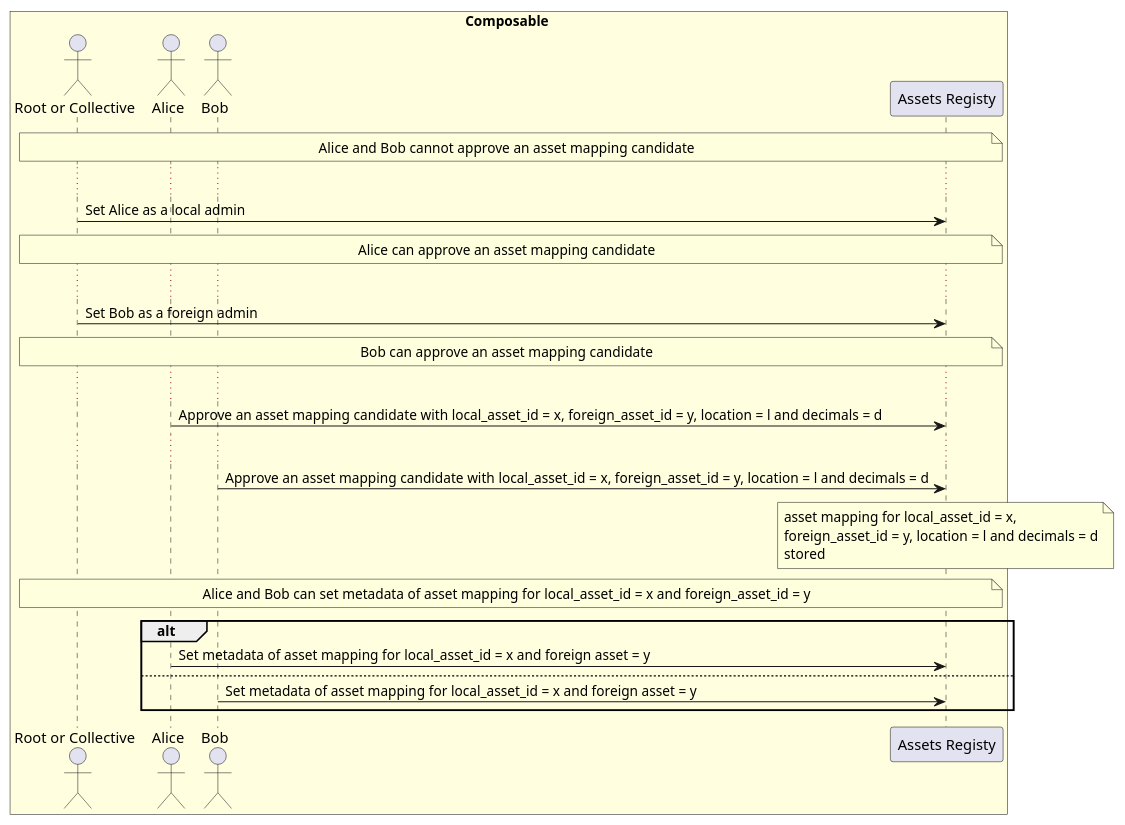
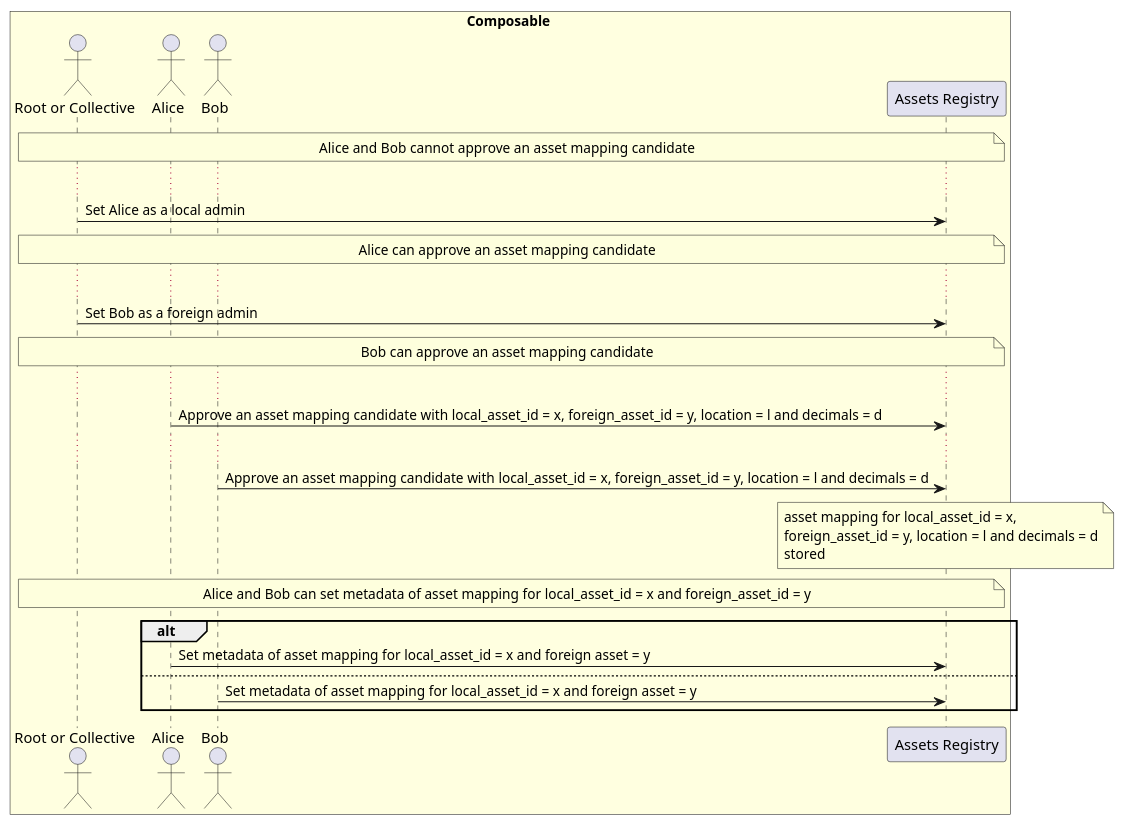
Before and after one commit to ComposableFi/composable: the diagram in frame/assets-registry/local-mapping.plantuml, drawn with PlantUML. The commit also changed 41 other files, not shown here.

```diff
--- a/frame/assets-registry/local-mapping.plantuml
+++ b/frame/assets-registry/local-mapping.plantuml
@@ -1,43 +1,43 @@
 @startuml "Assets Mapping"
 
 box Composable #LightYellow
   actor "Root or Collective" as composable_authority
   actor "Alice" as alice
   actor "Bob" as bob
-  participant "Assets Registy" as assets_registry_pallet
+  participant "Assets Registry" as assets_registry_pallet
 end box
 
 note across: Alice and Bob cannot approve an asset mapping candidate
 
 ...
 
 composable_authority -> assets_registry_pallet: Set Alice as a local admin
 note across: Alice can approve an asset mapping candidate
 
 ...
 
 composable_authority -> assets_registry_pallet: Set Bob as a foreign admin
 note across: Bob can approve an asset mapping candidate
 
 ...
 
 alice -> assets_registry_pallet: Approve an asset mapping candidate with local_asset_id = x, foreign_asset_id = y, location = l and decimals = d
 
 ...
 
 bob -> assets_registry_pallet: Approve an asset mapping candidate with local_asset_id = x, foreign_asset_id = y, location = l and decimals = d
 note over assets_registry_pallet
 asset mapping for local_asset_id = x,
 foreign_asset_id = y, location = l and decimals = d
 stored
 end note
 
 note across: Alice and Bob can set metadata of asset mapping for local_asset_id = x and foreign_asset_id = y
 
 alt
   alice -> assets_registry_pallet: Set metadata of asset mapping for local_asset_id = x and foreign asset = y
 else
   bob -> assets_registry_pallet: Set metadata of asset mapping for local_asset_id = x and foreign asset = y
 end
 
 @enduml
```
